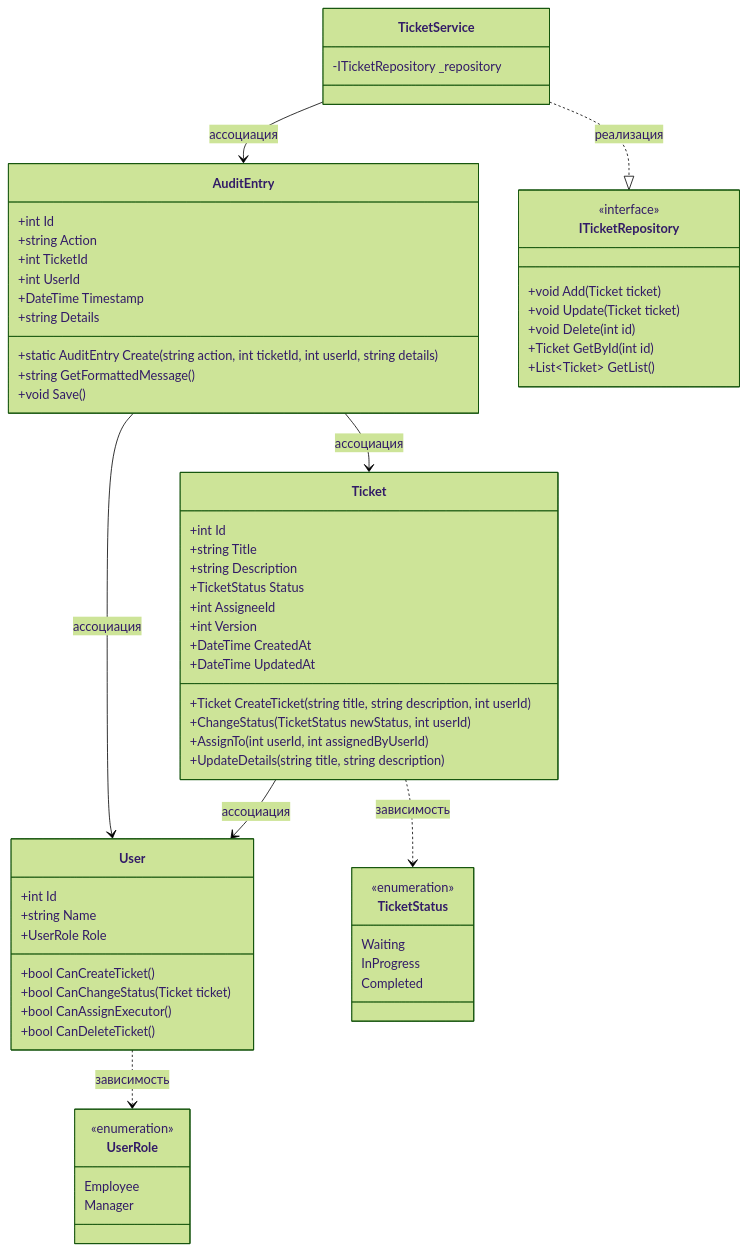
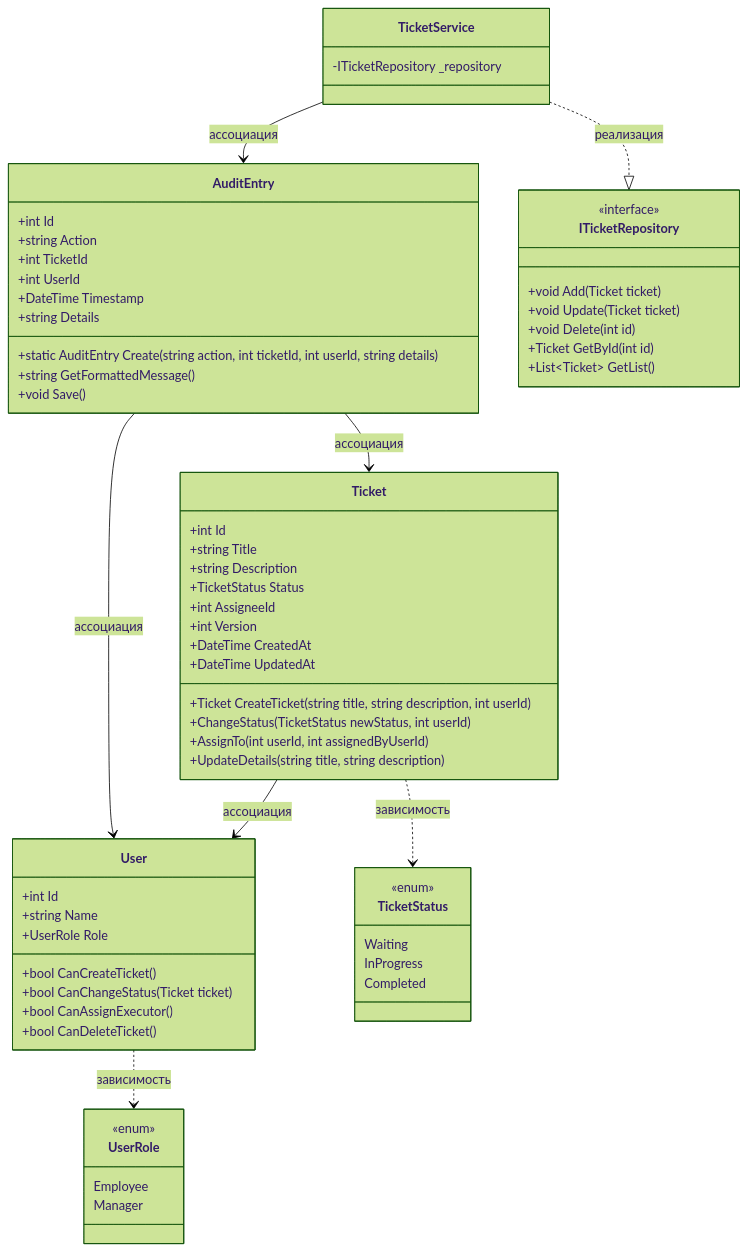
One commit to Daniel3579/corp_systems changed the first of 2 diagrams in Practice_4/Practice_11.md. Above: the diagram before and after it, drawn with Mermaid (forest theme). The commit also changed other lines of this file, not shown here.

````diff
--- a/Practice_4/Practice_11.md
+++ b/Practice_4/Practice_11.md
@@ -3,73 +3,73 @@
 ```mermaid
 classDiagram
     class Ticket {
         +int Id
         +string Title
         +string Description
         +TicketStatus Status
         +int AssigneeId
         +int Version
         +DateTime CreatedAt
         +DateTime UpdatedAt
         +Ticket CreateTicket(string title, string description, int userId)
         +ChangeStatus(TicketStatus newStatus, int userId)
         +AssignTo(int userId, int assignedByUserId)
         +UpdateDetails(string title, string description)
     }
 
     class User {
         +int Id
         +string Name
         +UserRole Role
         +bool CanCreateTicket()
         +bool CanChangeStatus(Ticket ticket)
         +bool CanAssignExecutor()
         +bool CanDeleteTicket()
     }
 
     class AuditEntry {
         +int Id
         +string Action
         +int TicketId
         +int UserId
         +DateTime Timestamp
         +string Details
         +static AuditEntry Create(string action, int ticketId, int userId, string details)
         +string GetFormattedMessage()
         +void Save()
     }
 
     class TicketService {
         -ITicketRepository _repository
     }
 
     class ITicketRepository {
         <<interface>>
         +void Add(Ticket ticket)
         +void Update(Ticket ticket)
         +void Delete(int id)
         +Ticket GetById(int id)
         +List~Ticket~ GetList()
     }
 
     class TicketStatus {
-        <<enumeration>>
+        <<enum>>
         Waiting
         InProgress
         Completed
     }
 
     class UserRole {
-        <<enumeration>>
+        <<enum>>
         Employee
         Manager
     }
 
     Ticket ..> TicketStatus : зависимость
     User ..> UserRole : зависимость
     TicketService ..|> ITicketRepository: реализация
     TicketService --> AuditEntry : ассоциация
     AuditEntry --> Ticket : ассоциация
     AuditEntry --> User : ассоциация
     Ticket --> User : ассоциация
 ```
````
